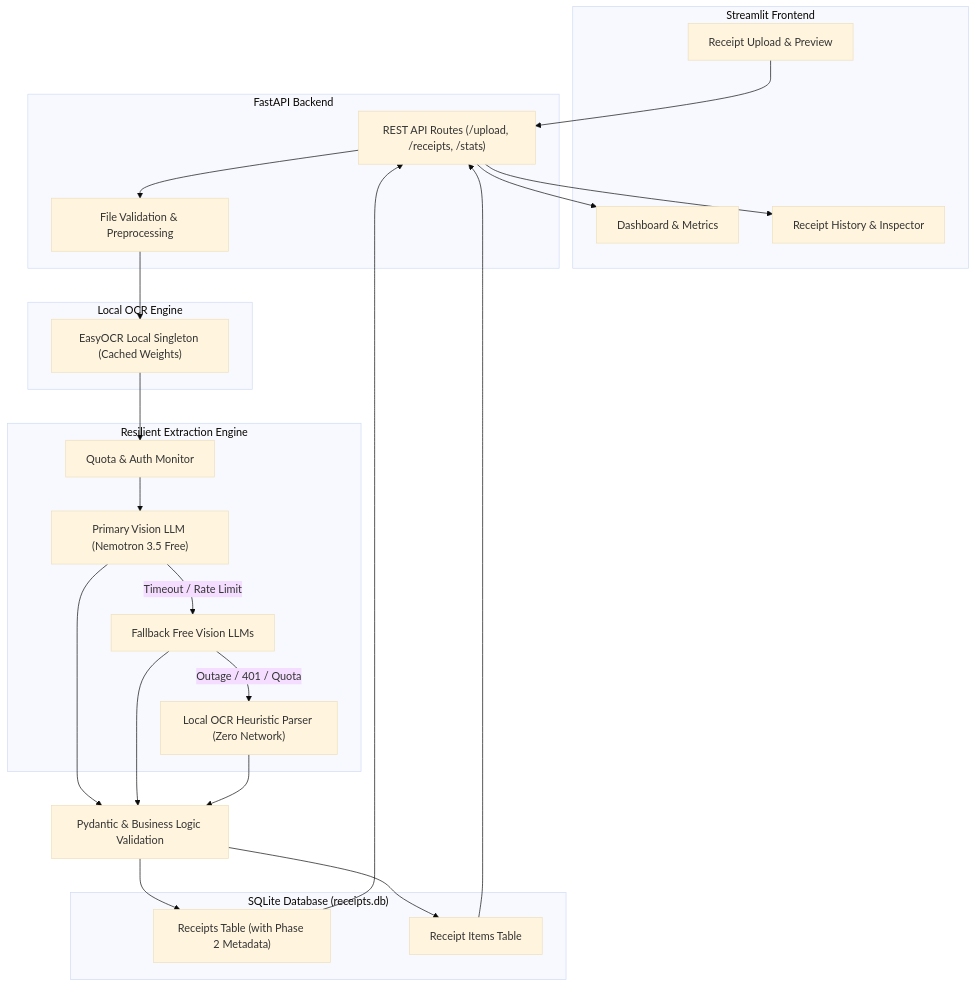
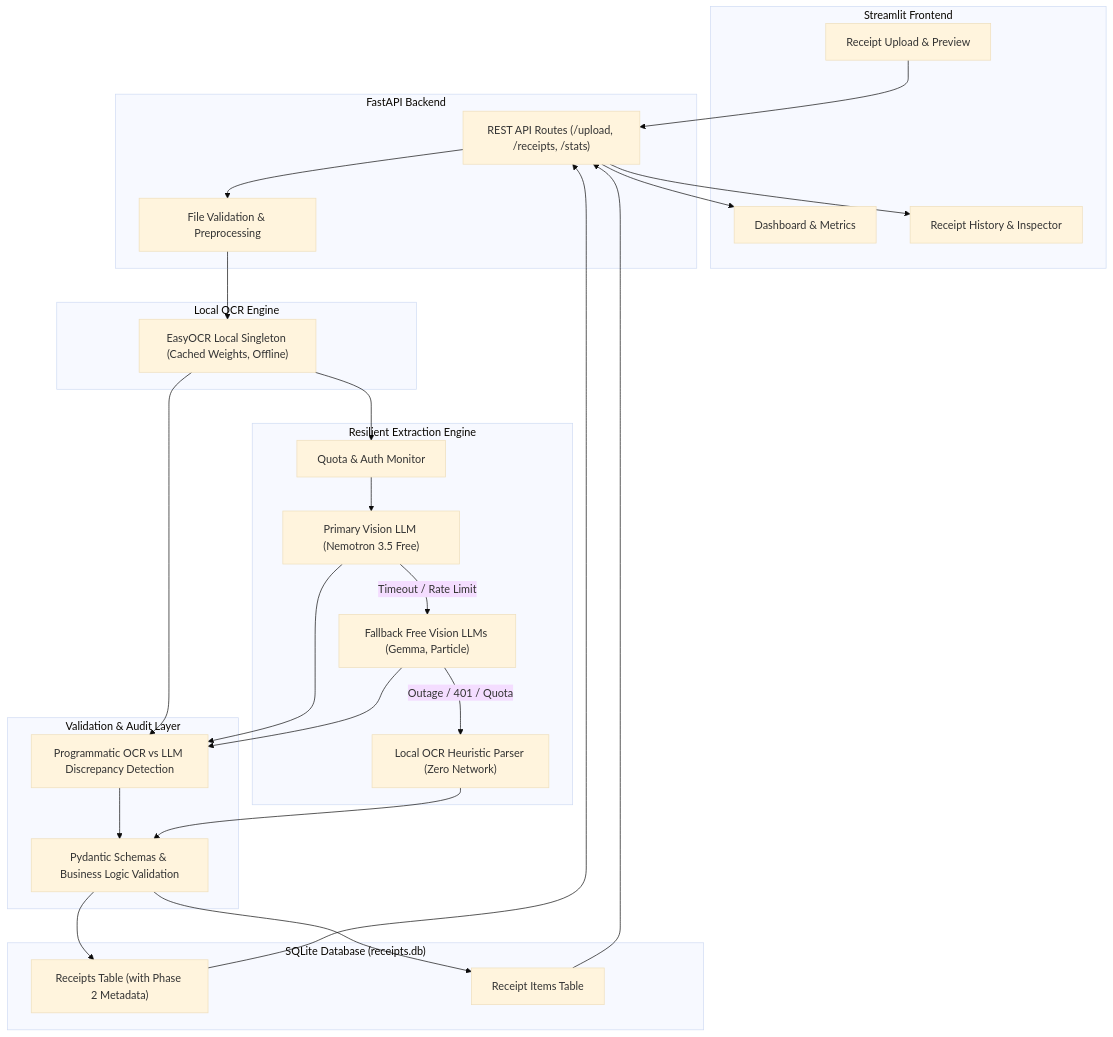
The first of 2 diagrams in README.md (Manvendra9830/Expense-Dispatcher-Agent-System), drawn with Mermaid (base theme) before and after one commit. The commit also changed other lines of this file and 15 other files, not shown here.

````diff
--- a/README.md
+++ b/README.md
@@ -40,48 +48,53 @@
 ```mermaid
 flowchart TD
     subgraph Frontend["Streamlit Frontend"]
         Dashboard["Dashboard & Metrics"]
         Upload["Receipt Upload & Preview"]
         History["Receipt History & Inspector"]
     end
 
     subgraph Backend["FastAPI Backend"]
         Routes["REST API Routes (/upload, /receipts, /stats)"]
         FileProc["File Validation & Preprocessing"]
     end
 
     subgraph OCR["Local OCR Engine"]
-        EasyOCR["EasyOCR Local Singleton (Cached Weights)"]
+        EasyOCR["EasyOCR Local Singleton (Cached Weights, Offline)"]
     end
 
     subgraph FallbackEngine["Resilient Extraction Engine"]
         Quota["Quota & Auth Monitor"]
         PrimaryAI["Primary Vision LLM (Nemotron 3.5 Free)"]
-        FallbackAI["Fallback Free Vision LLMs"]
+        FallbackAI["Fallback Free Vision LLMs (Gemma, Particle)"]
         LocalParser["Local OCR Heuristic Parser (Zero Network)"]
     end
 
-    Validation["Pydantic & Business Logic Validation"]
+    subgraph ValidationEngine["Validation & Audit Layer"]
+        Discrepancy["Programmatic OCR vs LLM Discrepancy Detection"]
+        Validation["Pydantic Schemas & Business Logic Validation"]
+    end
 
     subgraph Database["SQLite Database (receipts.db)"]
         Receipts["Receipts Table (with Phase 2 Metadata)"]
         ReceiptItems["Receipt Items Table"]
     end
 
     Upload --> Routes
     Routes --> FileProc
     FileProc --> EasyOCR
     EasyOCR --> Quota
     Quota --> PrimaryAI
     PrimaryAI -- Timeout / Rate Limit --> FallbackAI
     FallbackAI -- Outage / 401 / Quota --> LocalParser
-    PrimaryAI --> Validation
-    FallbackAI --> Validation
+    PrimaryAI --> Discrepancy
+    FallbackAI --> Discrepancy
+    EasyOCR --> Discrepancy
+    Discrepancy --> Validation
     LocalParser --> Validation
     Validation --> Receipts
     Validation --> ReceiptItems
     Receipts --> Routes
     ReceiptItems --> Routes
     Routes --> Dashboard
     Routes --> History
 ```
````
